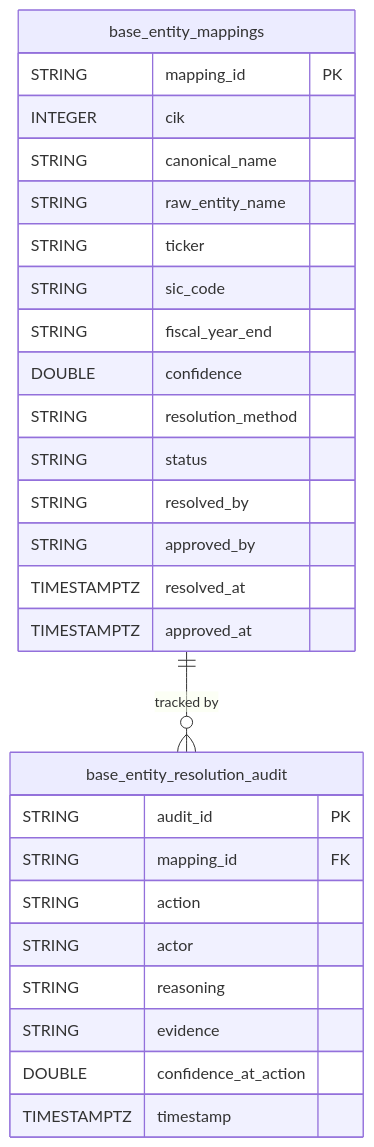
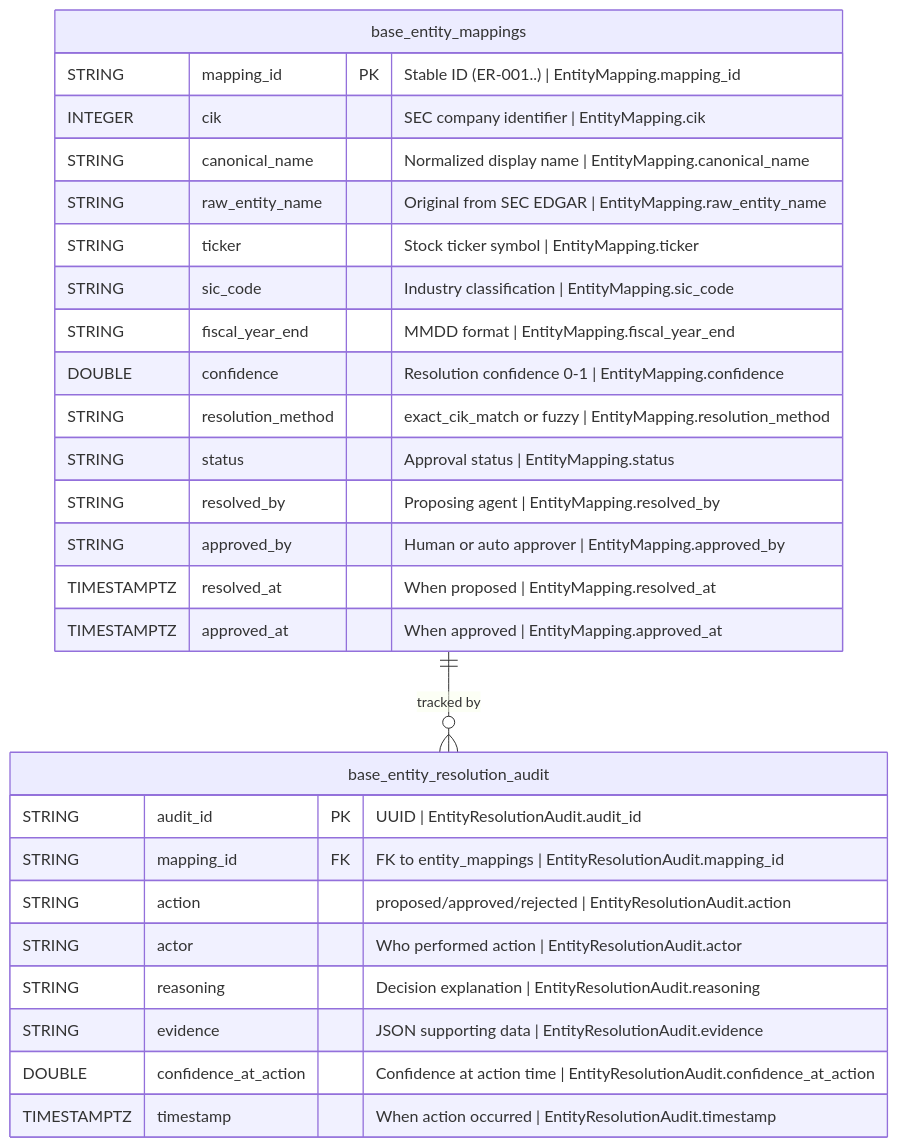
Before and after one commit to jcernauske/sec-edgair: the diagram in governance/models/base-entity-resolution-physical.md, drawn with Mermaid. The commit also changed 4 other files, not shown here.

First line of the commit message:
docs: add column descriptions and logical traceability to physical diagrams

````diff
--- a/governance/models/base-entity-resolution-physical.md
+++ b/governance/models/base-entity-resolution-physical.md
@@ -11,30 +11,30 @@
 ```mermaid
 erDiagram
     base_entity_mappings {
-        STRING mapping_id PK
-        INTEGER cik
-        STRING canonical_name
-        STRING raw_entity_name
-        STRING ticker
-        STRING sic_code
-        STRING fiscal_year_end
-        DOUBLE confidence
-        STRING resolution_method
-        STRING status
-        STRING resolved_by
-        STRING approved_by
-        TIMESTAMPTZ resolved_at
-        TIMESTAMPTZ approved_at
+        STRING mapping_id PK "Stable ID (ER-001..) | EntityMapping.mapping_id"
+        INTEGER cik "SEC company identifier | EntityMapping.cik"
+        STRING canonical_name "Normalized display name | EntityMapping.canonical_name"
+        STRING raw_entity_name "Original from SEC EDGAR | EntityMapping.raw_entity_name"
+        STRING ticker "Stock ticker symbol | EntityMapping.ticker"
+        STRING sic_code "Industry classification | EntityMapping.sic_code"
+        STRING fiscal_year_end "MMDD format | EntityMapping.fiscal_year_end"
+        DOUBLE confidence "Resolution confidence 0-1 | EntityMapping.confidence"
+        STRING resolution_method "exact_cik_match or fuzzy | EntityMapping.resolution_method"
+        STRING status "Approval status | EntityMapping.status"
+        STRING resolved_by "Proposing agent | EntityMapping.resolved_by"
+        STRING approved_by "Human or auto approver | EntityMapping.approved_by"
+        TIMESTAMPTZ resolved_at "When proposed | EntityMapping.resolved_at"
+        TIMESTAMPTZ approved_at "When approved | EntityMapping.approved_at"
     }
     base_entity_resolution_audit {
-        STRING audit_id PK
-        STRING mapping_id FK
-        STRING action
-        STRING actor
-        STRING reasoning
-        STRING evidence
-        DOUBLE confidence_at_action
-        TIMESTAMPTZ timestamp
+        STRING audit_id PK "UUID | EntityResolutionAudit.audit_id"
+        STRING mapping_id FK "FK to entity_mappings | EntityResolutionAudit.mapping_id"
+        STRING action "proposed/approved/rejected | EntityResolutionAudit.action"
+        STRING actor "Who performed action | EntityResolutionAudit.actor"
+        STRING reasoning "Decision explanation | EntityResolutionAudit.reasoning"
+        STRING evidence "JSON supporting data | EntityResolutionAudit.evidence"
+        DOUBLE confidence_at_action "Confidence at action time | EntityResolutionAudit.confidence_at_action"
+        TIMESTAMPTZ timestamp "When action occurred | EntityResolutionAudit.timestamp"
     }
     base_entity_mappings ||--o{ base_entity_resolution_audit : "tracked by"
 ```
````
